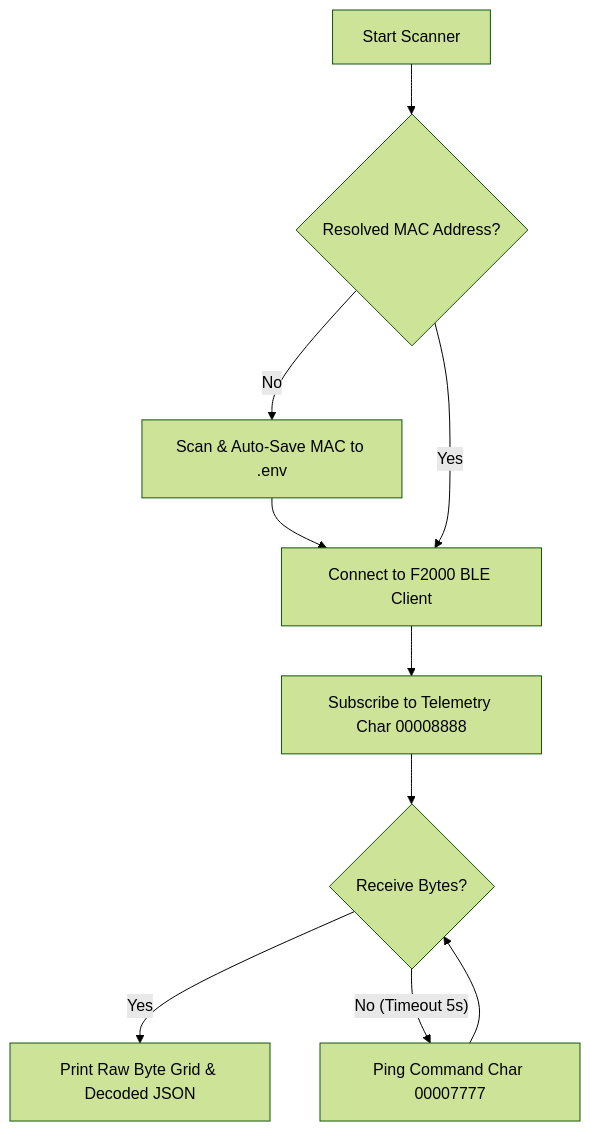
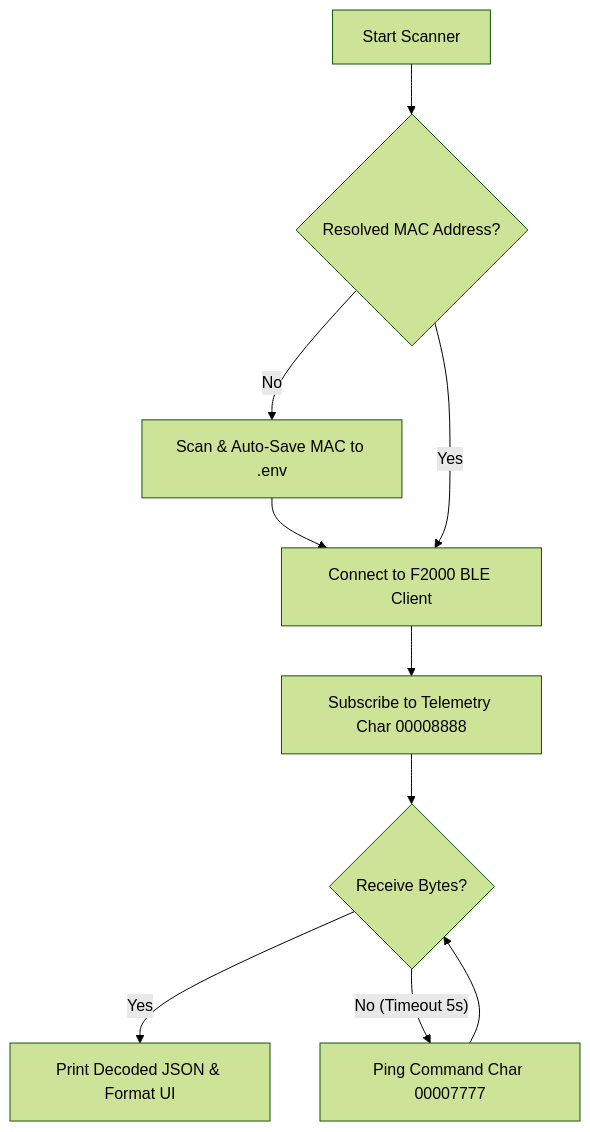
Before and after one commit to yun-s-oh/ha-anker-solix-f2000: the diagram in README.md, drawn with Mermaid (forest theme). The commit also changed other lines of this file, not shown here.

````diff
--- a/README.md
+++ b/README.md
@@ -16,12 +18,12 @@
 ```mermaid
 graph TD
     A[Start Scanner] --> B{Resolved MAC Address?}
     B -- No --> C[Scan & Auto-Save MAC to .env]
     C --> D[Connect to F2000 BLE Client]
     B -- Yes --> D
     D --> E[Subscribe to Telemetry Char 00008888]
     E --> F{Receive Bytes?}
-    F -- Yes --> G[Print Raw Byte Grid & Decoded JSON]
+    F -- Yes --> G[Print Decoded JSON & Format UI]
     F -- No (Timeout 5s) --> H[Ping Command Char 00007777]
     H --> F
 ```
````
